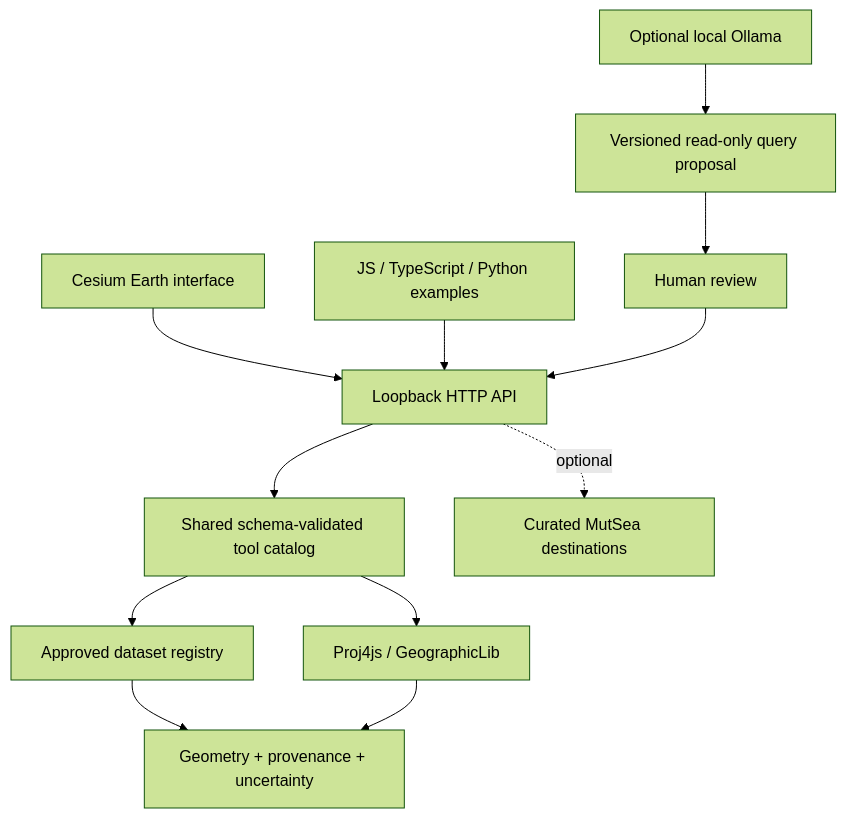
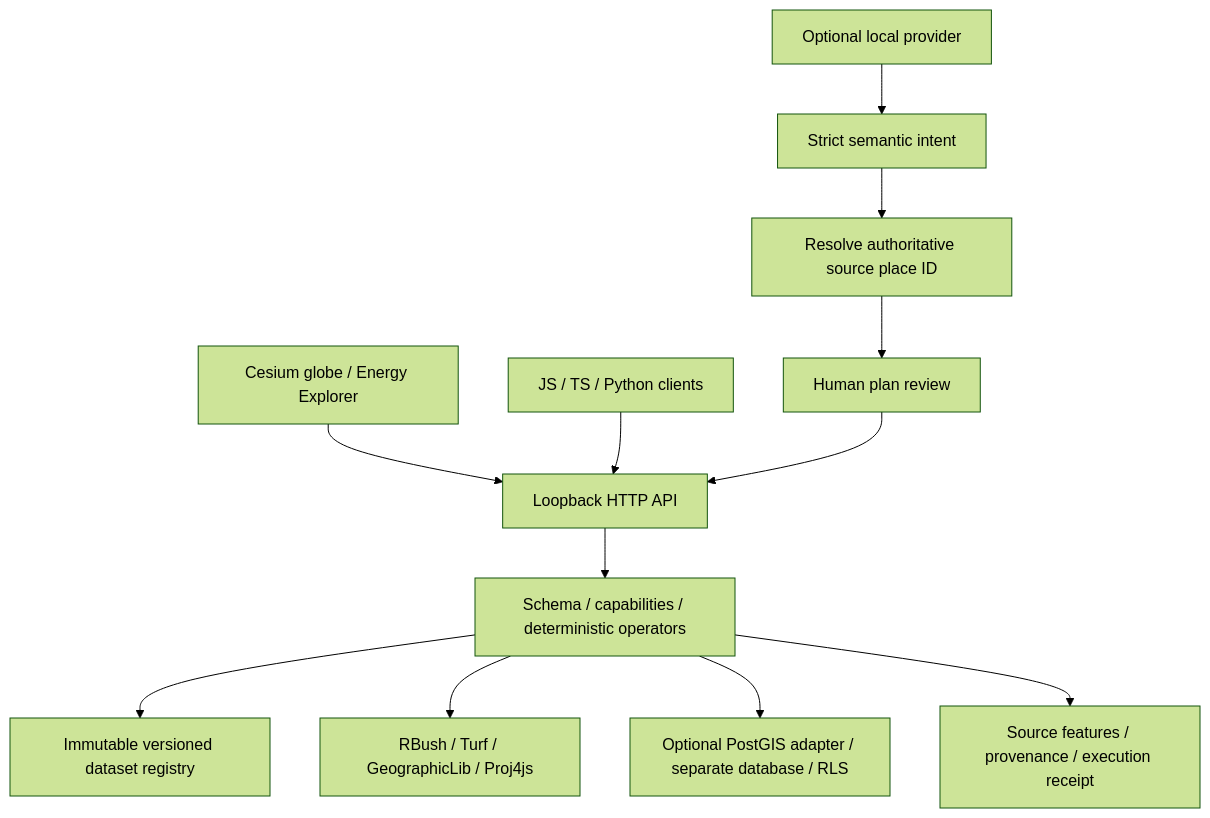
One commit to finalverse/earth-web changed the diagram in docs/earth/architecture.md. Above: the diagram before and after it, drawn with Mermaid (forest theme). The commit also changed other lines of this file and 58 other files, not shown here.

Commit message:
feat(earth): add spatial intelligence and grounded Energy Explorer

````diff
--- a/docs/earth/architecture.md
+++ b/docs/earth/architecture.md
@@ -5,14 +5,14 @@
 ```mermaid
 flowchart TD
-  Browser[Cesium Earth interface] --> HTTP[Loopback HTTP API]
-  SDK[JS / TypeScript / Python examples] --> HTTP
-  Model[Optional local Ollama] --> Plan[Versioned read-only query proposal]
-  Plan --> Review[Human review]
+  Browser[Cesium globe / Energy Explorer] --> HTTP[Loopback HTTP API]
+  SDK[JS / TS / Python clients] --> HTTP
+  LLM[Optional local provider] --> Intent[Strict semantic intent]
+  Intent --> Resolve[Resolve authoritative source place ID]
+  Resolve --> Review[Human plan review]
   Review --> HTTP
-  HTTP --> Core[Shared schema-validated tool catalog]
-  Core --> Data[Approved dataset registry]
-  Core --> Geo[Proj4js / GeographicLib]
-  Data --> Evidence[Geometry + provenance + uncertainty]
-  Geo --> Evidence
-  HTTP -. optional .-> Worlds[Curated MutSea destinations]
+  HTTP --> Core[Schema / capabilities / deterministic operators]
+  Core --> Registry[Immutable versioned dataset registry]
+  Core --> Embedded[RBush / Turf / GeographicLib / Proj4js]
+  Core --> DB[Optional PostGIS adapter / separate database / RLS]
+  Core --> Receipt[Source features / provenance / execution receipt]
 ```
````
